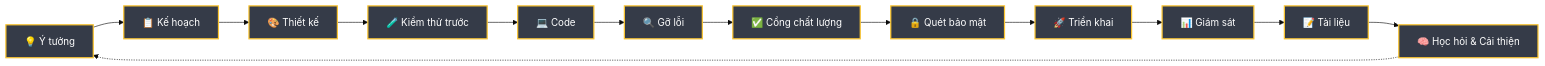
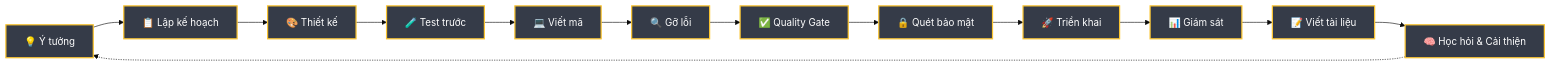
One commit to tody-agent/codymaster changed the second of 3 diagrams in README-vi.md. Above: the diagram before and after it, drawn with Mermaid (base theme). The commit also changed other lines of this file and 57 other files, not shown here.

````diff
--- a/README-vi.md
+++ b/README-vi.md
@@ -79,17 +79,17 @@
 ```mermaid
 graph LR
-    A["💡 Ý tưởng"] --> B["📋 Kế hoạch"]
+    A["💡 Ý tưởng"] --> B["📋 Lập kế hoạch"]
     B --> C["🎨 Thiết kế"]
-    C --> D["🧪 Kiểm thử trước"]
-    D --> E["💻 Code"]
+    C --> D["🧪 Test trước"]
+    D --> E["💻 Viết mã"]
     E --> F["🔍 Gỡ lỗi"]
-    F --> G["✅ Cổng chất lượng"]
+    F --> G["✅ Quality Gate"]
     G --> H["🔒 Quét bảo mật"]
     H --> I["🚀 Triển khai"]
     I --> J["📊 Giám sát"]
-    J --> K["📝 Tài liệu"]
+    J --> K["📝 Viết tài liệu"]
     K --> L["🧠 Học hỏi & Cải thiện"]
     L -.-> A
     classDef phase fill:#353b48,stroke:#fbc531,stroke-width:2px,color:#fff;
     class A,B,C,D,E,F,G,H,I,J,K,L phase;
 ```
````
